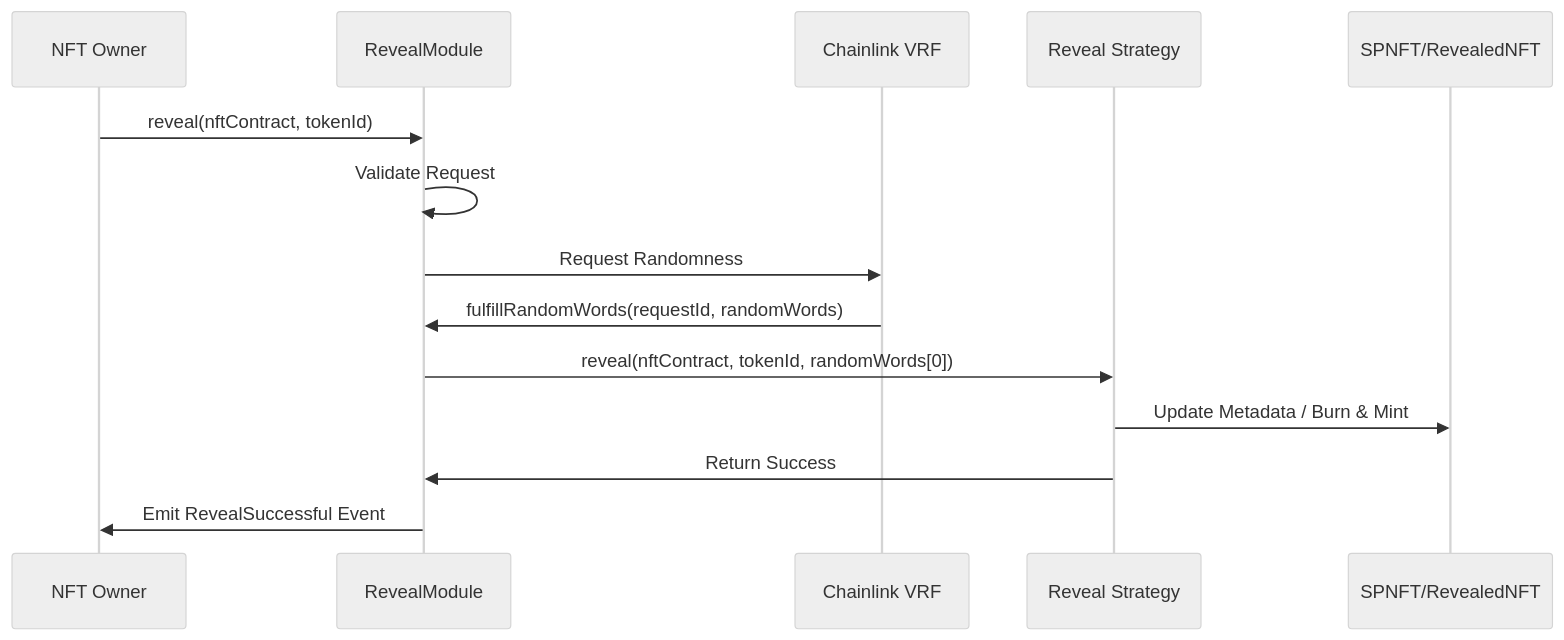
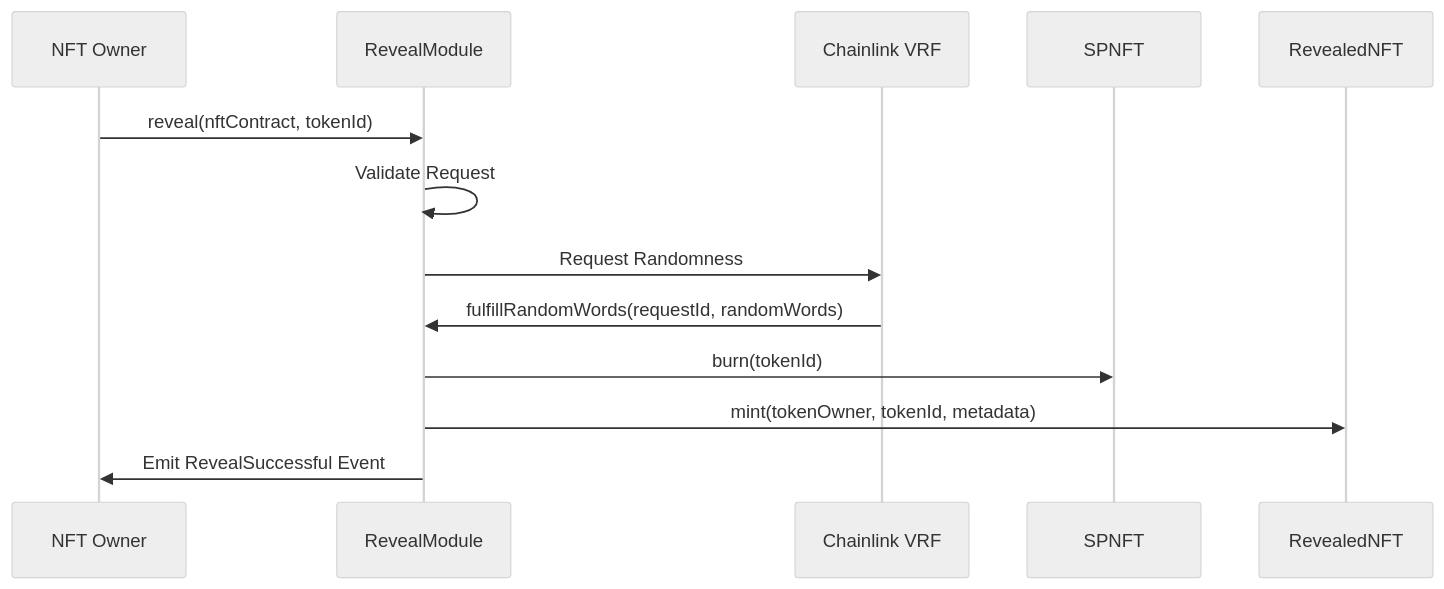
One commit to Aroon4020/story_test_task changed the second of 2 diagrams in docs/RevealProcessArchitecture.md. Above: the diagram before and after it, drawn with Mermaid (neutral theme). The commit also changed other lines of this file and 23 other files, not shown here.

````diff
--- a/docs/RevealProcessArchitecture.md
+++ b/docs/RevealProcessArchitecture.md
@@ -133,17 +150,16 @@
 ```mermaid
 sequenceDiagram
     participant Owner as NFT Owner
     participant RevealModule as RevealModule
     participant ChainlinkVRF as Chainlink VRF
-    participant Strategy as Reveal Strategy
-    participant NFTContract as SPNFT/RevealedNFT
+    participant SPNFT as SPNFT
+    participant RevealedNFT as RevealedNFT
 
     Owner ->> RevealModule: reveal(nftContract, tokenId)
     RevealModule ->> RevealModule: Validate Request
     RevealModule ->> ChainlinkVRF: Request Randomness
     ChainlinkVRF ->> RevealModule: fulfillRandomWords(requestId, randomWords)
-    RevealModule ->> Strategy: reveal(nftContract, tokenId, randomWords[0])
-    Strategy ->> NFTContract: Update Metadata / Burn & Mint
-    Strategy ->> RevealModule: Return Success
+    RevealModule ->> SPNFT: burn(tokenId)
+    RevealModule ->> RevealedNFT: mint(tokenOwner, tokenId, metadata)
     RevealModule ->> Owner: Emit RevealSuccessful Event
 ```
````
